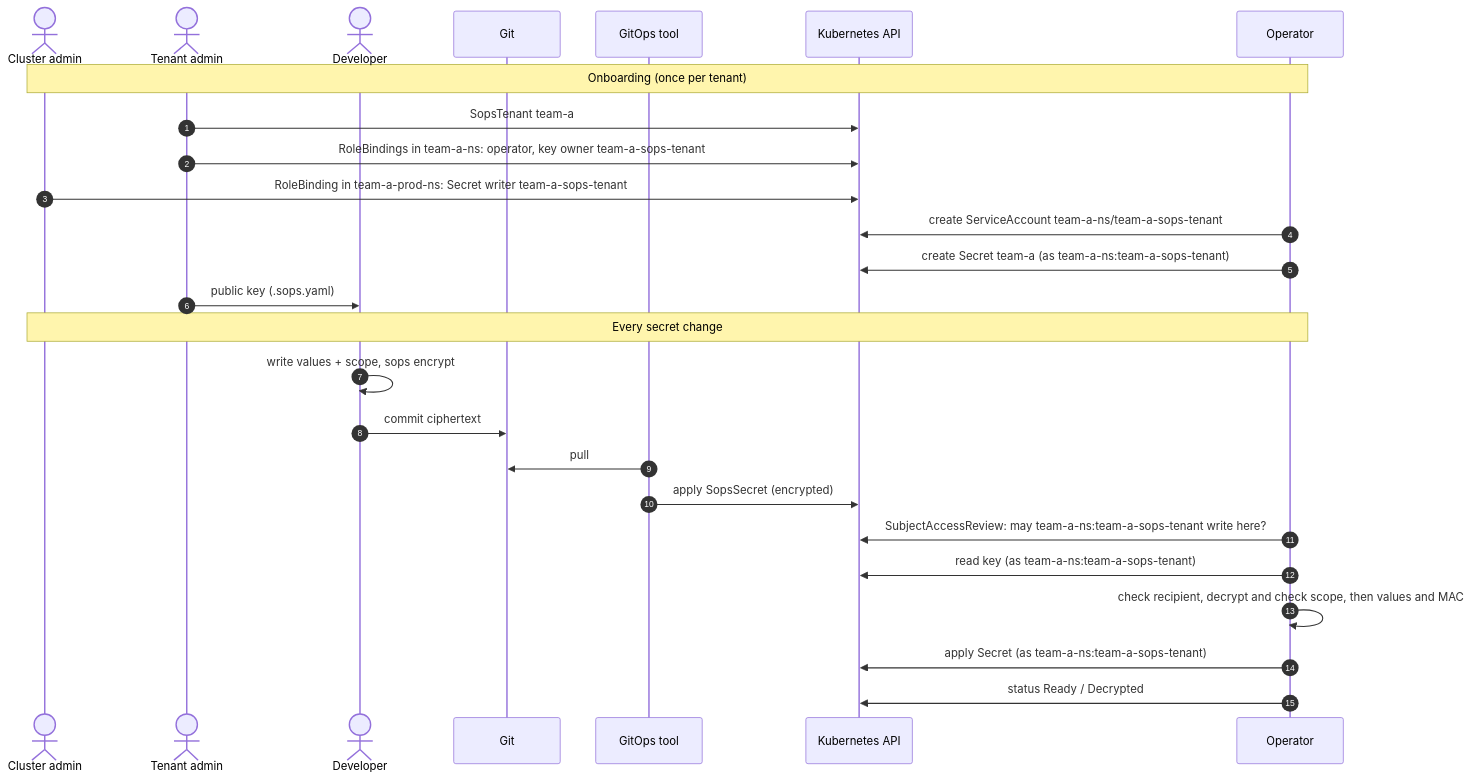
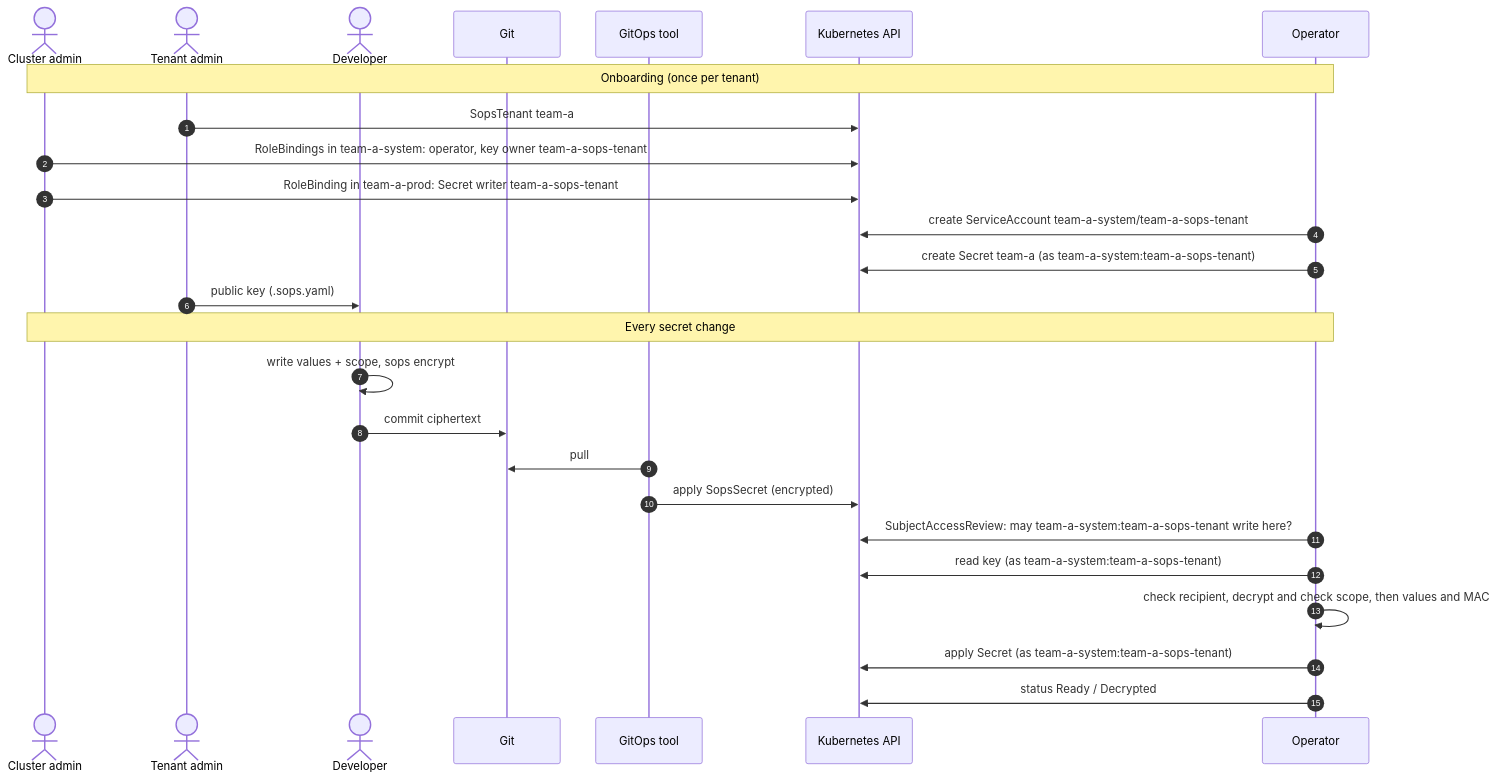
One commit to stakater/sops-operator changed the second of 3 diagrams in DESIGN.md. Above: the diagram before and after it, drawn with Mermaid. The commit also changed other lines of this file and 3 other files, not shown here.

First line of the commit message:
docs: onboarding as four RoleBindings with plain names

````diff
--- a/DESIGN.md
+++ b/DESIGN.md
@@ -184,30 +184,30 @@
 ```mermaid
 sequenceDiagram
     autonumber
     actor CA as Cluster admin
     actor TA as Tenant admin
     actor DEV as Developer
     participant GIT as Git
     participant GO as GitOps tool
     participant API as Kubernetes API
     participant OP as Operator
 
     Note over CA,OP: Onboarding (once per tenant)
     TA->>API: SopsTenant team-a
-    TA->>API: RoleBindings in team-a-ns: operator, key owner team-a-sops-tenant
-    CA->>API: RoleBinding in team-a-prod-ns: Secret writer team-a-sops-tenant
-    OP->>API: create ServiceAccount team-a-ns/team-a-sops-tenant
-    OP->>API: create Secret team-a (as team-a-ns:team-a-sops-tenant)
+    CA->>API: RoleBindings in team-a-system: operator, key owner team-a-sops-tenant
+    CA->>API: RoleBinding in team-a-prod: Secret writer team-a-sops-tenant
+    OP->>API: create ServiceAccount team-a-system/team-a-sops-tenant
+    OP->>API: create Secret team-a (as team-a-system:team-a-sops-tenant)
     TA->>DEV: public key (.sops.yaml)
 
     Note over CA,OP: Every secret change
     DEV->>DEV: write values + scope, sops encrypt
     DEV->>GIT: commit ciphertext
     GO->>GIT: pull
     GO->>API: apply SopsSecret (encrypted)
-    OP->>API: SubjectAccessReview: may team-a-ns:team-a-sops-tenant write here?
-    OP->>API: read key (as team-a-ns:team-a-sops-tenant)
+    OP->>API: SubjectAccessReview: may team-a-system:team-a-sops-tenant write here?
+    OP->>API: read key (as team-a-system:team-a-sops-tenant)
     OP->>OP: check recipient, decrypt and check scope, then values and MAC
-    OP->>API: apply Secret (as team-a-ns:team-a-sops-tenant)
+    OP->>API: apply Secret (as team-a-system:team-a-sops-tenant)
     OP->>API: status Ready / Decrypted
 ```
````
